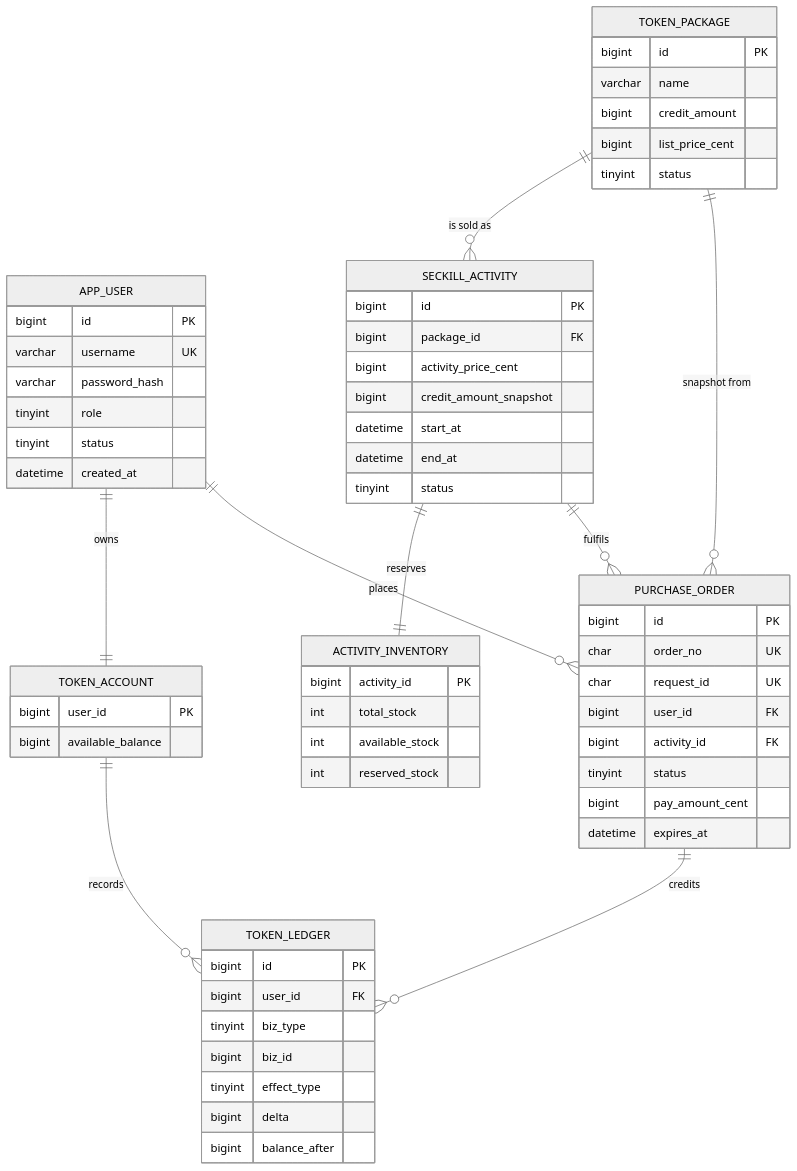
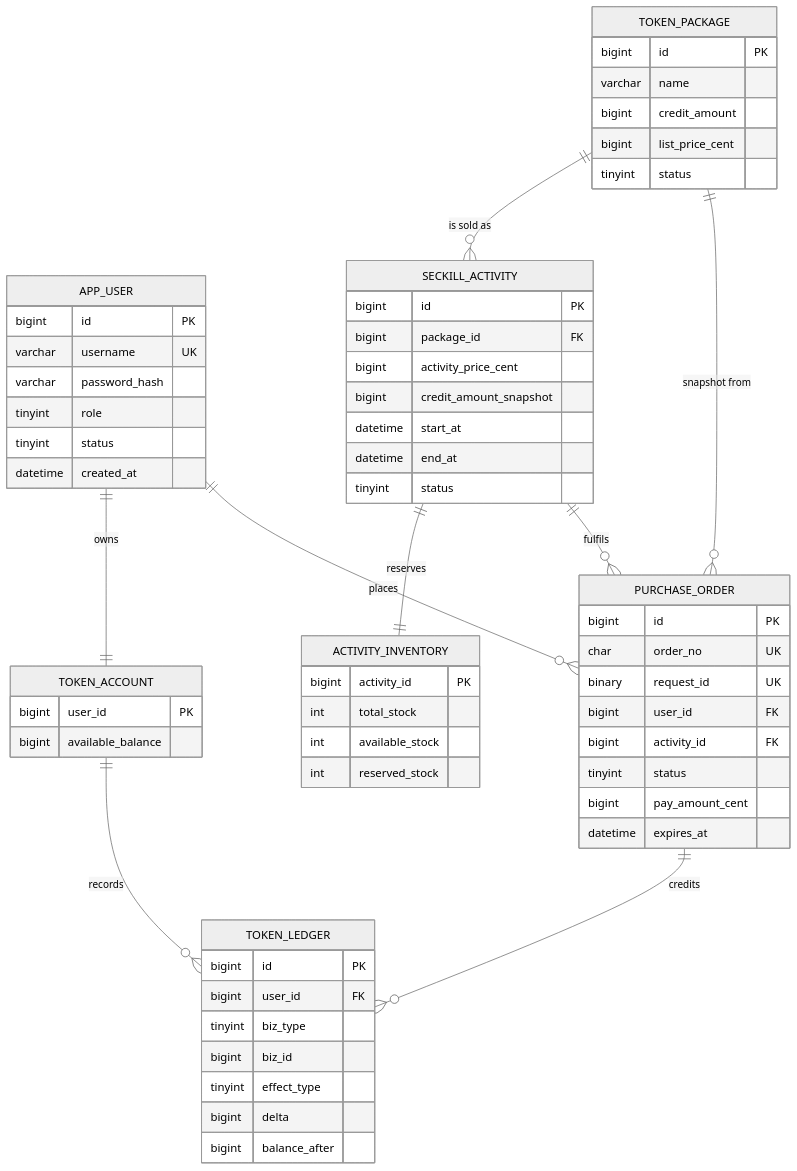
Before and after one commit to 15727204357/TokenX: the diagram in docs/DATABASE_DESIGN.md, drawn with Mermaid (neutral theme). The commit also changed other lines of this file and 11 other files, not shown here.

Commit message:
docs(architecture): unify high-concurrency design decisions

````diff
--- a/docs/DATABASE_DESIGN.md
+++ b/docs/DATABASE_DESIGN.md
@@ -127,65 +127,65 @@
 ```mermaid
 erDiagram
     APP_USER ||--|| TOKEN_ACCOUNT : "owns"
     APP_USER ||--o{ PURCHASE_ORDER : "places"
     TOKEN_PACKAGE ||--o{ SECKILL_ACTIVITY : "is sold as"
     SECKILL_ACTIVITY ||--|| ACTIVITY_INVENTORY : "reserves"
     SECKILL_ACTIVITY ||--o{ PURCHASE_ORDER : "fulfils"
     TOKEN_PACKAGE ||--o{ PURCHASE_ORDER : "snapshot from"
     PURCHASE_ORDER ||--o{ TOKEN_LEDGER : "credits"
     TOKEN_ACCOUNT ||--o{ TOKEN_LEDGER : "records"
 
     APP_USER {
         bigint id PK
         varchar username UK
         varchar password_hash
         tinyint role
         tinyint status
         datetime created_at
     }
     TOKEN_PACKAGE {
         bigint id PK
         varchar name
         bigint credit_amount
         bigint list_price_cent
         tinyint status
     }
     SECKILL_ACTIVITY {
         bigint id PK
         bigint package_id FK
         bigint activity_price_cent
         bigint credit_amount_snapshot
         datetime start_at
         datetime end_at
         tinyint status
     }
     ACTIVITY_INVENTORY {
         bigint activity_id PK
         int total_stock
         int available_stock
         int reserved_stock
     }
     PURCHASE_ORDER {
         bigint id PK
         char order_no UK
-        char request_id UK
+        binary request_id UK
         bigint user_id FK
         bigint activity_id FK
         tinyint status
         bigint pay_amount_cent
         datetime expires_at
     }
     TOKEN_ACCOUNT {
         bigint user_id PK
         bigint available_balance
     }
     TOKEN_LEDGER {
         bigint id PK
         bigint user_id FK
         tinyint biz_type
         bigint biz_id
         tinyint effect_type
         bigint delta
         bigint balance_after
     }
 ```
````
